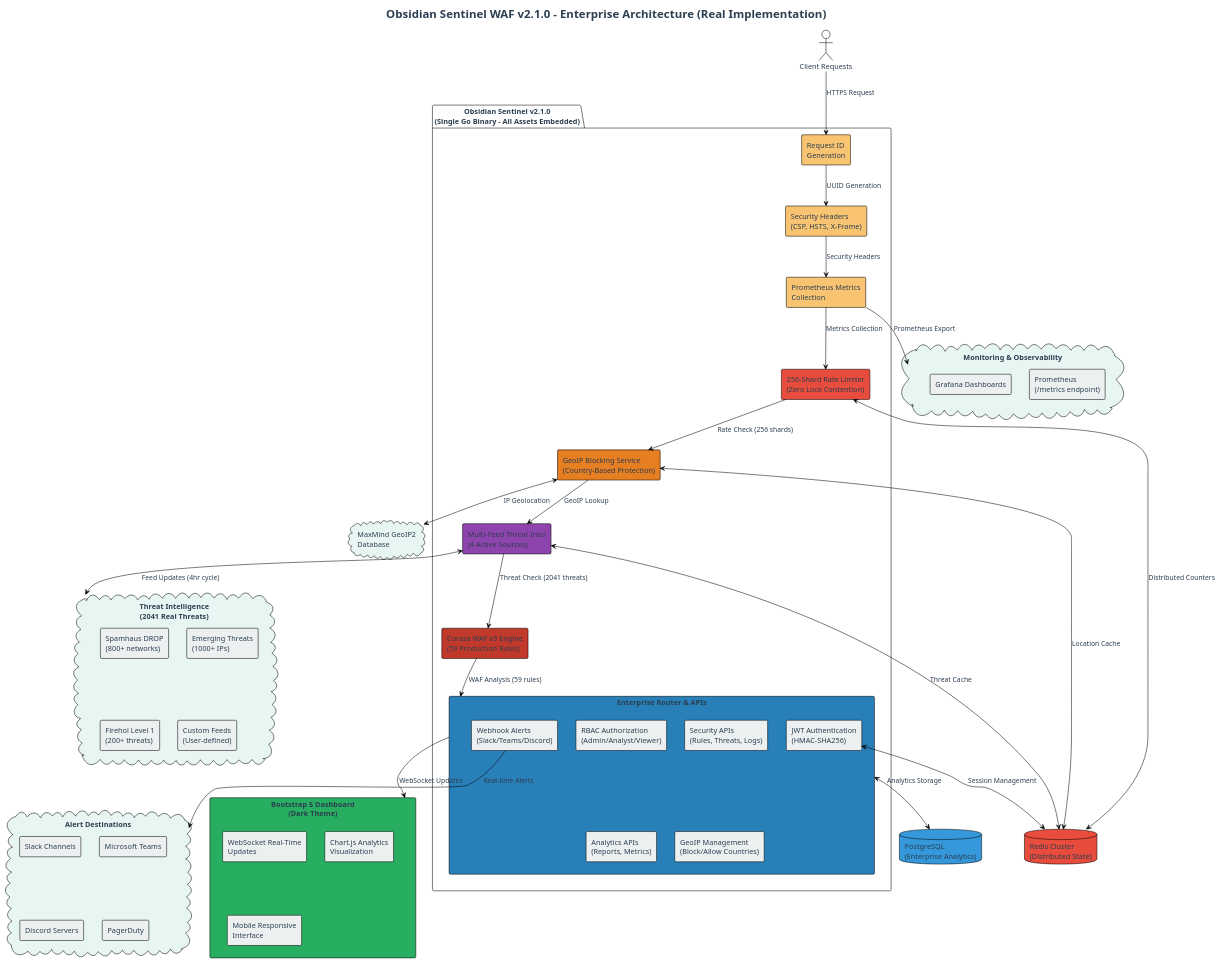
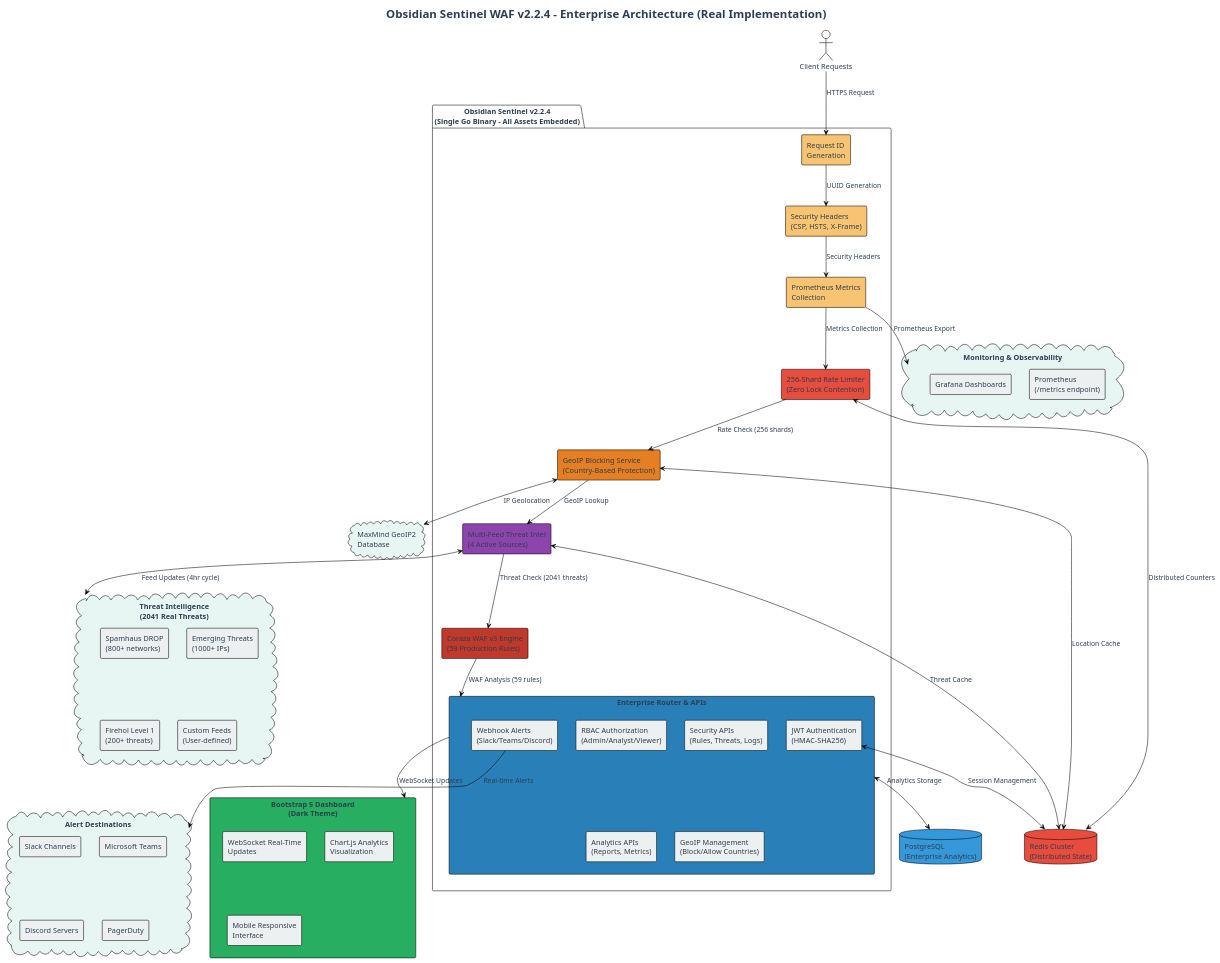
The diagram in cmd/obsidian/docs/architecture.puml (Abhishek-yadav04/Obsidian), drawn with PlantUML before and after one commit. The commit also changed 14 other files, not shown here.

```diff
--- a/cmd/obsidian/docs/architecture.puml
+++ b/cmd/obsidian/docs/architecture.puml
@@ -1,91 +1,91 @@
-@startuml Obsidian_Sentinel_Enterprise_Architecture_v2_1_0
-' Obsidian Sentinel v2.1.0 PlantUML
+@startuml Obsidian_Sentinel_Enterprise_Architecture_v2_2_4
+' Obsidian Sentinel v2.2.4 PlantUML
 ' Real implementation (no mock data)
 !theme plain
 
-title Obsidian Sentinel WAF v2.1.0 - Enterprise Architecture (Real Implementation)
+title Obsidian Sentinel WAF v2.2.4 - Enterprise Architecture (Real Implementation)
 
 skinparam backgroundColor #FFFFFF
 skinparam defaultFontColor #2C3E50
 skinparam rectangleFontColor #2C3E50
 skinparam componentFontColor #2C3E50
 skinparam cloudFontColor #2C3E50
 skinparam databaseFontColor #2C3E50
 skinparam rectangleBackgroundColor #ECF0F1
 skinparam cloudBackgroundColor #E8F6F3
 skinparam databaseBackgroundColor #EBF5FB
 
 actor "Client Requests" as client
 cloud "Threat Intelligence\n(2041 Real Threats)" as threats {
   rectangle "Spamhaus DROP\n(800+ networks)" as spamhaus
   rectangle "Emerging Threats\n(1000+ IPs)" as emerging
   rectangle "Firehol Level 1\n(200+ threats)" as firehol
   rectangle "Custom Feeds\n(User-defined)" as custom
 }
 
 cloud "MaxMind GeoIP2\nDatabase" as geoip_db
 
-package "Obsidian Sentinel v2.1.0\n(Single Go Binary - All Assets Embedded)" as obsidian {
+package "Obsidian Sentinel v2.2.4\n(Single Go Binary - All Assets Embedded)" as obsidian {
   rectangle "Request ID\nGeneration" as req_id #F8C471
   rectangle "Security Headers\n(CSP, HSTS, X-Frame)" as headers #F8C471
   rectangle "Prometheus Metrics\nCollection" as metrics #F8C471
 
   rectangle "256-Shard Rate Limiter\n(Zero Lock Contention)" as rate_limit #E74C3C
   rectangle "GeoIP Blocking Service\n(Country-Based Protection)" as geoip #E67E22
   rectangle "Multi-Feed Threat Intel\n(4 Active Sources)" as threat_intel #8E44AD
   rectangle "Coraza WAF v3 Engine\n(59 Production Rules)" as waf_core #C0392B
 
   rectangle "Enterprise Router & APIs" as router #2980B9 {
     rectangle "JWT Authentication\n(HMAC-SHA256)" as auth
     rectangle "RBAC Authorization\n(Admin/Analyst/Viewer)" as rbac
     rectangle "Security APIs\n(Rules, Threats, Logs)" as security_api
     rectangle "Analytics APIs\n(Reports, Metrics)" as analytics_api
     rectangle "GeoIP Management\n(Block/Allow Countries)" as geo_api
     rectangle "Webhook Alerts\n(Slack/Teams/Discord)" as webhook_api
   }
 }
 
 database "PostgreSQL\n(Enterprise Analytics)" as postgres #3498DB
 database "Redis Cluster\n(Distributed State)" as redis #E74C3C
 
 rectangle "Bootstrap 5 Dashboard\n(Dark Theme)" as dashboard #27AE60 {
   rectangle "WebSocket Real-Time\nUpdates" as websocket
   rectangle "Chart.js Analytics\nVisualization" as charts
   rectangle "Mobile Responsive\nInterface" as mobile
 }
 
 cloud "Alert Destinations" as alerts {
   rectangle "Slack Channels" as slack
   rectangle "Microsoft Teams" as teams
   rectangle "Discord Servers" as discord
   rectangle "PagerDuty" as pagerduty
 }
 
 cloud "Monitoring & Observability" as monitoring {
   rectangle "Prometheus\n(/metrics endpoint)" as prometheus
   rectangle "Grafana Dashboards" as grafana
 }
 
 ' Flow
 client --> req_id : HTTPS Request
 req_id --> headers : UUID Generation
 headers --> metrics : Security Headers
 metrics --> rate_limit : Metrics Collection
 rate_limit --> geoip : Rate Check (256 shards)
 geoip --> threat_intel : GeoIP Lookup
 threat_intel --> waf_core : Threat Check (2041 threats)
 waf_core --> router : WAF Analysis (59 rules)
 
 ' Data
 rate_limit <--> redis : Distributed Counters
 geoip <--> geoip_db : IP Geolocation
 geoip <--> redis : Location Cache
 threat_intel <--> threats : Feed Updates (4hr cycle)
 threat_intel <--> redis : Threat Cache
 router <--> postgres : Analytics Storage
 auth <--> redis : Session Management
 webhook_api --> alerts : Real-time Alerts
 metrics --> monitoring : Prometheus Export
 router --> dashboard : WebSocket Updates
 
 @enduml
```
